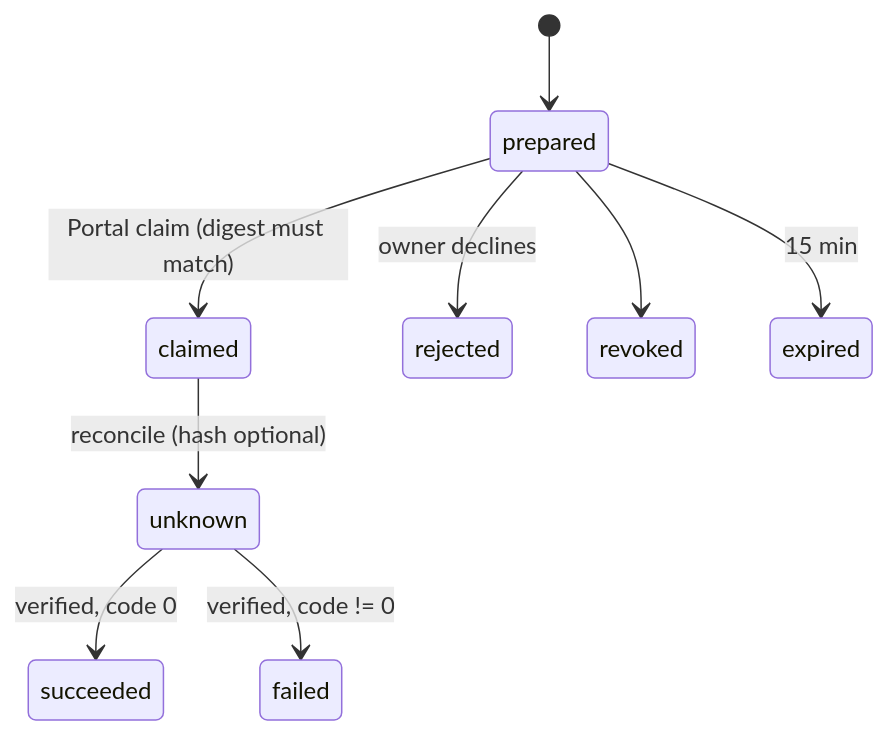
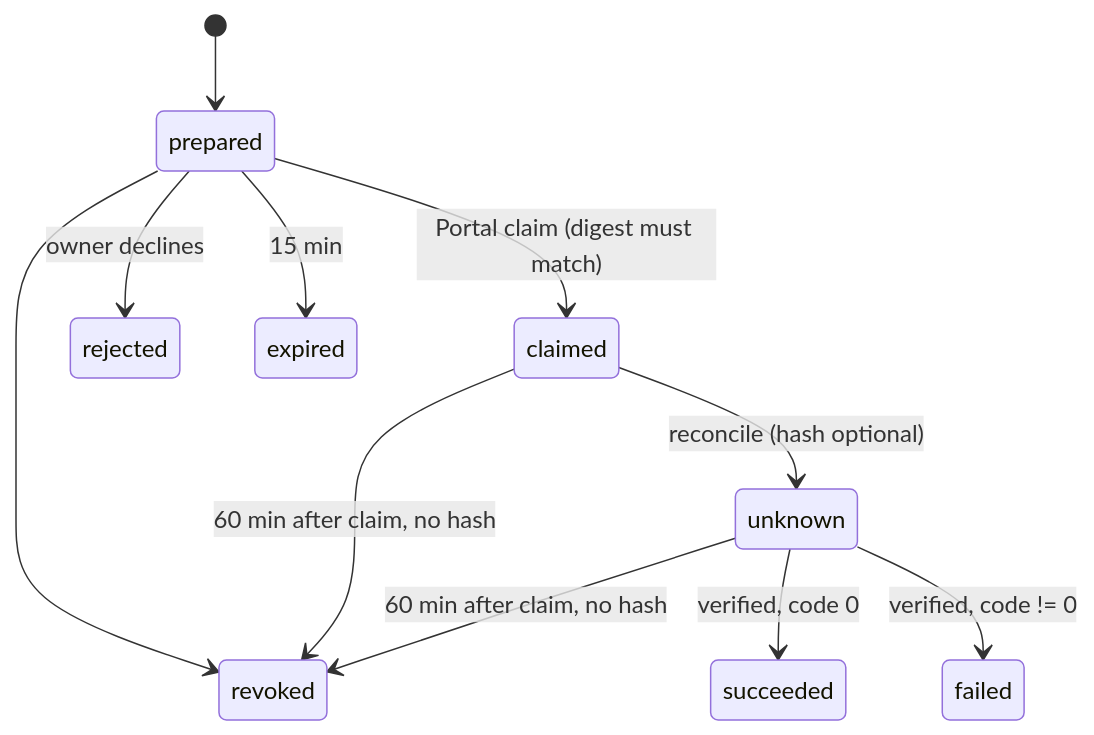
The diagram in packages/oracle-runtime-workers/docs/action-proposals.md (ixoworld/qiforge), drawn with Mermaid before and after one commit. The commit also changed other lines of this file and 9 other files, not shown here.

````diff
--- a/packages/oracle-runtime-workers/docs/action-proposals.md
+++ b/packages/oracle-runtime-workers/docs/action-proposals.md
@@ -89,11 +96,13 @@
 ```mermaid
 stateDiagram-v2
     [*] --> prepared
     prepared --> claimed: Portal claim (digest must match)
     prepared --> rejected: owner declines
     prepared --> revoked
     prepared --> expired: 15 min
     claimed --> unknown: reconcile (hash optional)
+    claimed --> revoked: 60 min after claim, no hash
+    unknown --> revoked: 60 min after claim, no hash
     unknown --> succeeded: verified, code 0
     unknown --> failed: verified, code != 0
 ```
````
